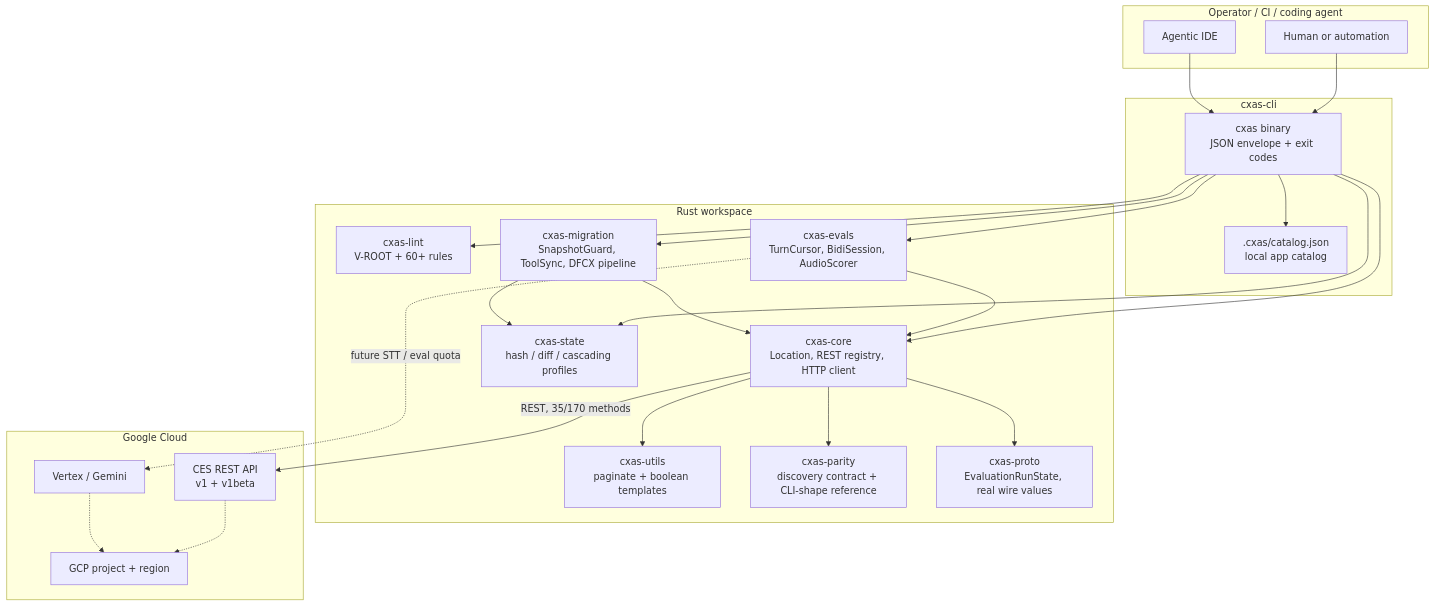
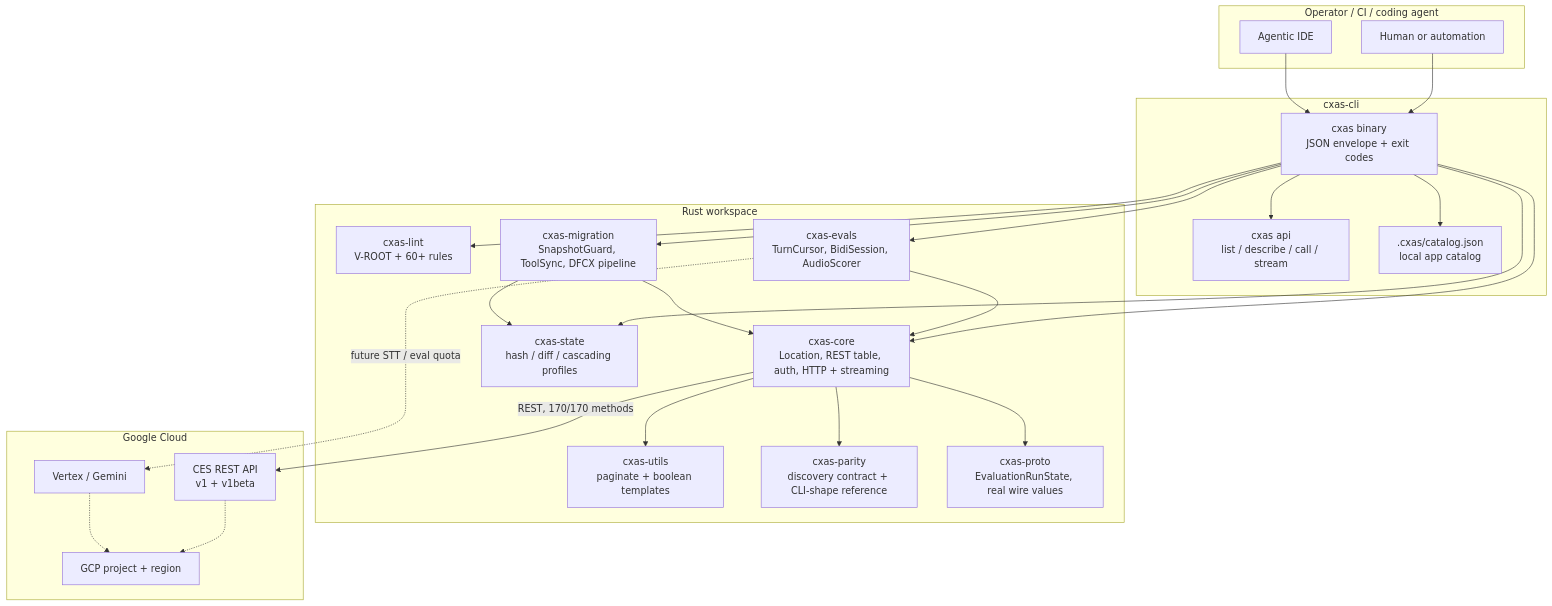
The diagram in README.md (Yash-Kavaiya/cxas-harness), drawn with Mermaid before and after one commit. The commit also changed other lines of this file and 10 other files, not shown here.

````diff
--- a/README.md
+++ b/README.md
@@ -37,50 +40,52 @@
 ```mermaid
 flowchart TB
     subgraph operator [Operator / CI / coding agent]
         Human[Human or automation]
         IDE[Agentic IDE]
     end
 
     Human --> CLI
     IDE --> CLI
 
     subgraph cli [cxas-cli]
         CLI["cxas binary<br/>JSON envelope + exit codes"]
+        Api["cxas api<br/>list / describe / call / stream"]
         Catalog[".cxas/catalog.json<br/>local app catalog"]
+        CLI --> Api
         CLI --> Catalog
     end
 
     subgraph workspace [Rust workspace]
-        Core["cxas-core<br/>Location, REST registry, HTTP client"]
+        Core["cxas-core<br/>Location, REST table, auth, HTTP + streaming"]
         State["cxas-state<br/>hash / diff / cascading profiles"]
         Lint["cxas-lint<br/>V-ROOT + 60+ rules"]
         Evals["cxas-evals<br/>TurnCursor, BidiSession, AudioScorer"]
         Mig["cxas-migration<br/>SnapshotGuard, ToolSync, DFCX pipeline"]
         Utils["cxas-utils<br/>paginate + boolean templates"]
         Parity["cxas-parity<br/>discovery contract + CLI-shape reference"]
         Proto["cxas-proto<br/>EvaluationRunState, real wire values"]
     end
 
     CLI --> Core
     CLI --> State
     CLI --> Lint
     CLI --> Evals
     CLI --> Mig
     Core --> Proto
     Core --> Utils
     Evals --> Core
     Mig --> Core
     Mig --> State
     Core --> Parity
 
     subgraph external [Google Cloud]
         CES["CES REST API<br/>v1 + v1beta"]
         Vertex["Vertex / Gemini"]
         GCP["GCP project + region"]
     end
 
-    Core -->|"REST, 35/170 methods"| CES
+    Core -->|"REST, 170/170 methods"| CES
     Evals -.->|"future STT / eval quota"| Vertex
     CES -.-> GCP
     Vertex -.-> GCP
 ```
````
